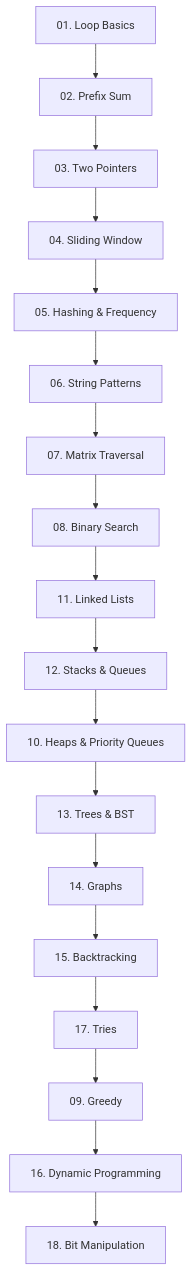
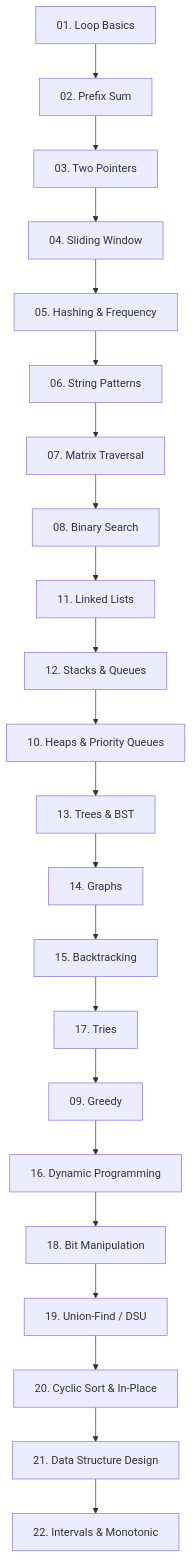
One commit to parameswarrout/python-coding changed the first of 3 diagrams in README.md. Above: the diagram before and after it, drawn with Mermaid. The commit also changed other lines of this file and 20 other files, not shown here.

````diff
--- a/README.md
+++ b/README.md
@@ -11,20 +11,24 @@
 ```mermaid
 graph TD
     A[01. Loop Basics] --> B[02. Prefix Sum]
     B --> C[03. Two Pointers]
     C --> D[04. Sliding Window]
     D --> E[05. Hashing & Frequency]
     E --> F[06. String Patterns]
     F --> G[07. Matrix Traversal]
     G --> H[08. Binary Search]
     H --> I[11. Linked Lists]
     I --> J[12. Stacks & Queues]
     J --> K[10. Heaps & Priority Queues]
     K --> L[13. Trees & BST]
     L --> M[14. Graphs]
     M --> N[15. Backtracking]
     N --> O[17. Tries]
     O --> P[09. Greedy]
     P --> Q[16. Dynamic Programming]
     Q --> R[18. Bit Manipulation]
+    R --> S[19. Union-Find / DSU]
+    S --> T[20. Cyclic Sort & In-Place]
+    T --> U[21. Data Structure Design]
+    U --> V[22. Intervals & Monotonic]
 ```
````
